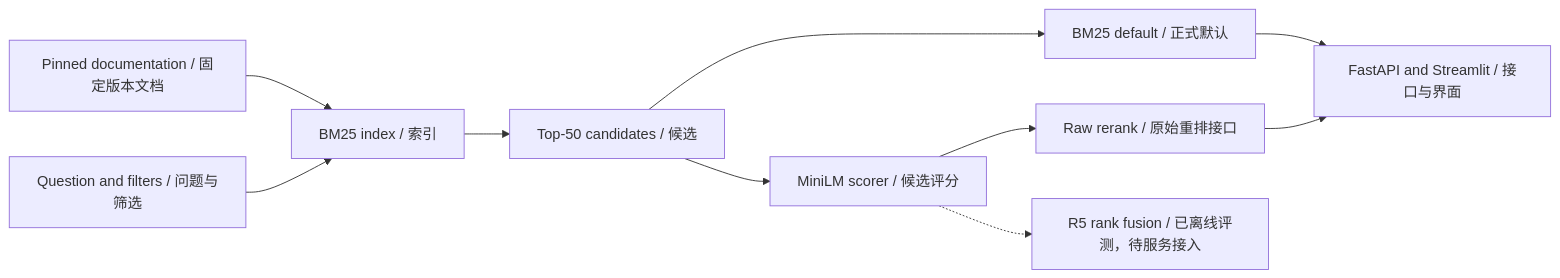
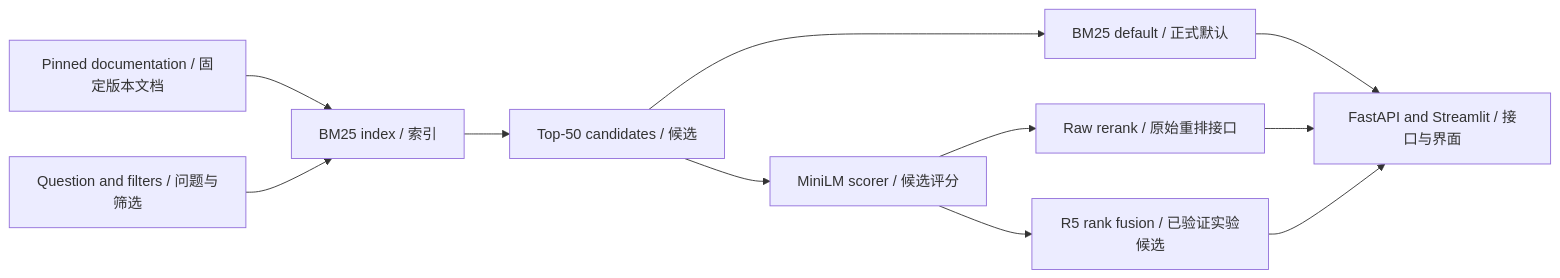
The diagram in README.md (Hector-sau/devsearch), drawn with Mermaid before and after one commit. The commit also changed other lines of this file and 17 other files, not shown here.

````diff
--- a/README.md
+++ b/README.md
@@ -39,12 +40,13 @@
 ```mermaid
 flowchart LR
     D["Pinned documentation / 固定版本文档"] --> I["BM25 index / 索引"]
     Q["Question and filters / 问题与筛选"] --> I
     I --> B["Top-50 candidates / 候选"]
     B --> S["BM25 default / 正式默认"]
     B --> M["MiniLM scorer / 候选评分"]
     S --> A["FastAPI and Streamlit / 接口与界面"]
     M --> R["Raw rerank / 原始重排接口"]
     R --> A
-    M -.-> F["R5 rank fusion / 已离线评测，待服务接入"]
+    M --> F["R5 rank fusion / 已验证实验候选"]
+    F --> A
 ```
````
